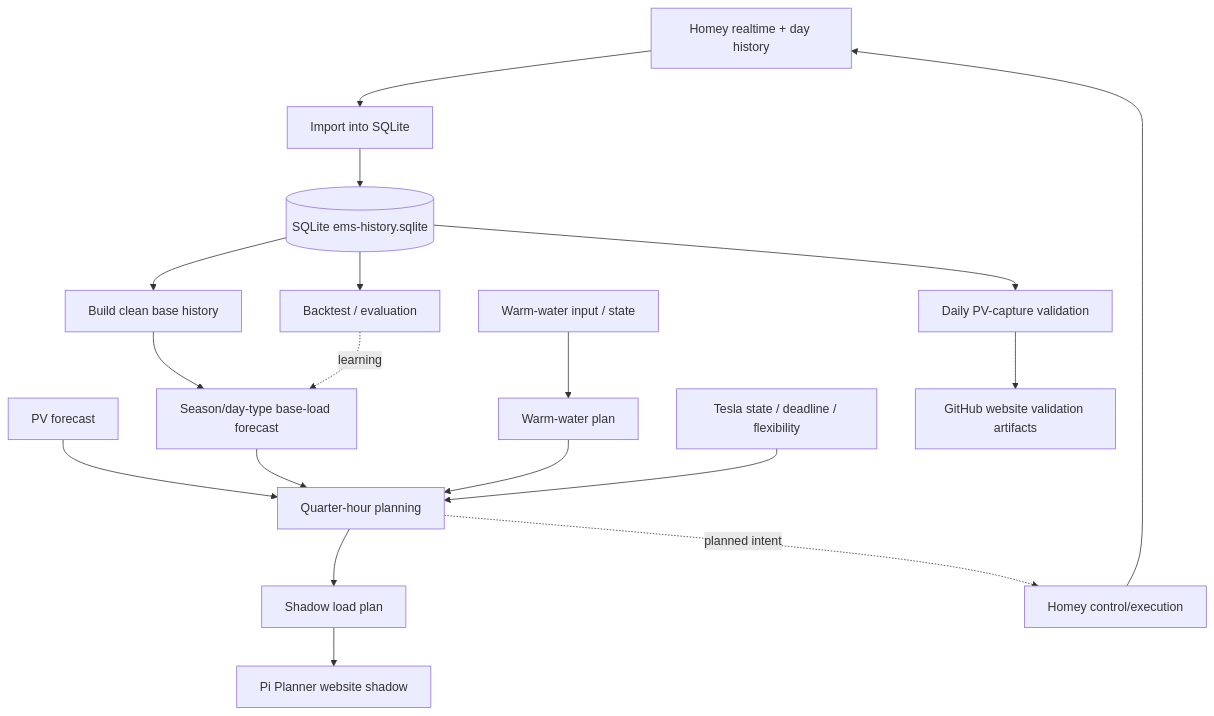
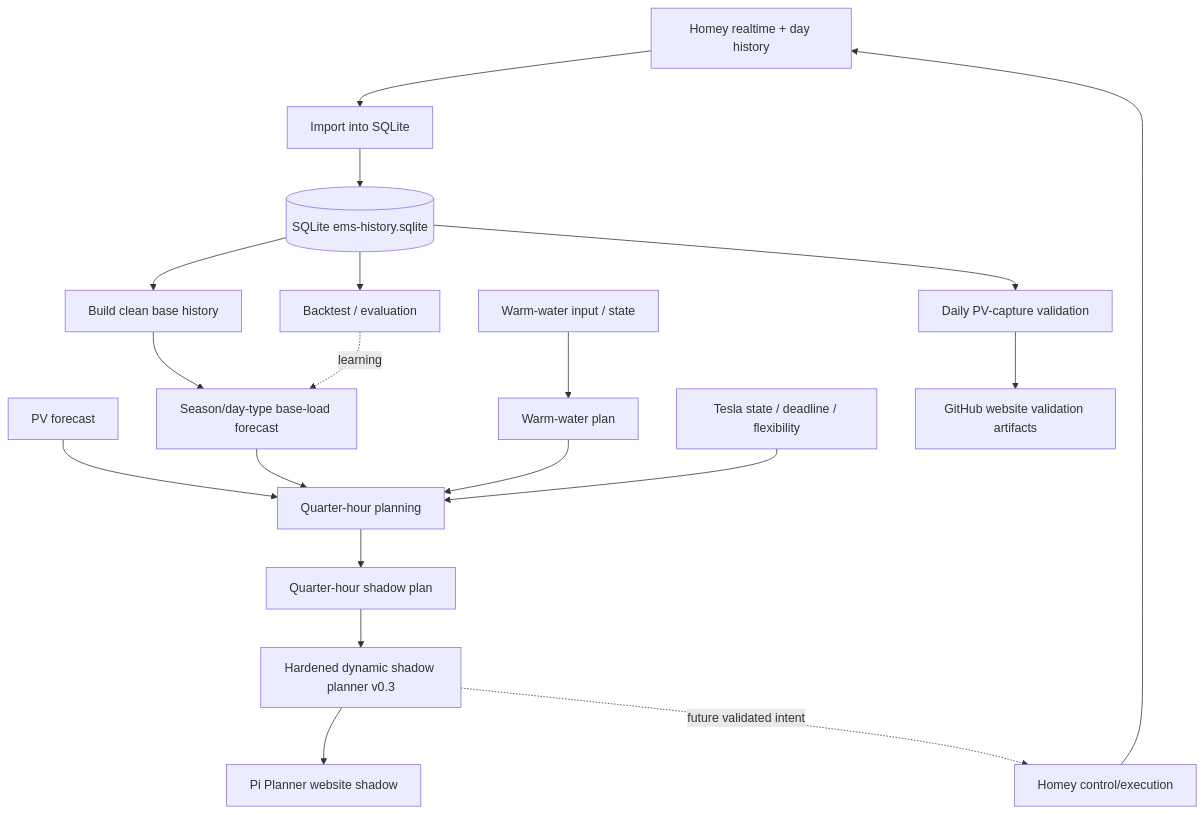
The diagram in docs/architecture/CURRENT-EMS-STATE.md (OnsKasteeltje/homey-energy-manual), drawn with Mermaid before and after one commit. The commit also changed other lines of this file, not shown here.

Commit message:
Document hardened Pi dynamic planner v0.3 cutover safeguards

````diff
--- a/docs/architecture/CURRENT-EMS-STATE.md
+++ b/docs/architecture/CURRENT-EMS-STATE.md
@@ -26,20 +26,21 @@
 ```mermaid
 flowchart TD
     H[Homey realtime + day history] --> I[Import into SQLite]
     I --> DB[(SQLite ems-history.sqlite)]
     DB --> C[Build clean base history]
     PV[PV forecast] --> P[Quarter-hour planning]
     C --> B[Season/day-type base-load forecast]
     B --> P
     WW[Warm-water input / state] --> WWP[Warm-water plan]
     WWP --> P
     T[Tesla state / deadline / flexibility] --> P
-    P --> S[Shadow load plan]
-    S --> WEB[Pi Planner website shadow]
-    P -. planned intent .-> HC[Homey control/execution]
+    P --> S[Quarter-hour shadow plan]
+    S --> D[Hardened dynamic shadow planner v0.3]
+    D --> WEB[Pi Planner website shadow]
+    D -. future validated intent .-> HC[Homey control/execution]
     HC --> H
     DB --> BT[Backtest / evaluation]
     BT -. learning .-> B
     DB --> PVC[Daily PV-capture validation]
     PVC --> PUB[GitHub website validation artifacts]
 ```
````
